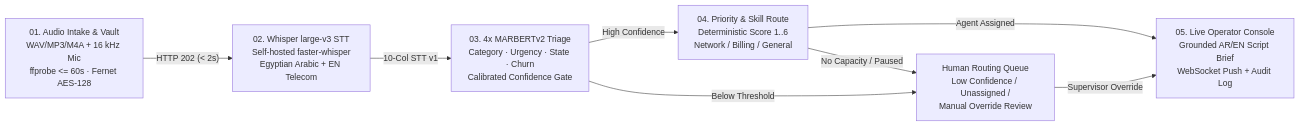
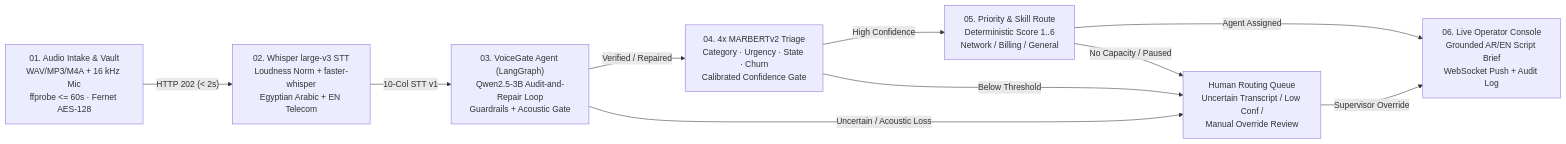
The diagram in README.md (hazemelerefey/smart-voicemail-router), drawn with Mermaid before and after one commit. The commit also changed other lines of this file and 29 other files, not shown here.

Commit message:
feat(voicegate): integrate LangGraph Qwen2.5-3B gate, Docker Ollama, and updated docs

````diff
--- a/README.md
+++ b/README.md
@@ -115,17 +117,20 @@
 ```mermaid
 flowchart LR
     S1["01. Audio Intake & Vault<br/>WAV/MP3/M4A + 16 kHz Mic<br/>ffprobe <= 60s · Fernet AES-128"]
-    S2["02. Whisper large-v3 STT<br/>Self-hosted faster-whisper<br/>Egyptian Arabic + EN Telecom"]
-    S3["03. 4x MARBERTv2 Triage<br/>Category · Urgency · State · Churn<br/>Calibrated Confidence Gate"]
-    S4["04. Priority & Skill Route<br/>Deterministic Score 1..6<br/>Network / Billing / General"]
-    S5["05. Live Operator Console<br/>Grounded AR/EN Script Brief<br/>WebSocket Push + Audit Log"]
-    HR["Human Routing Queue<br/>Low Confidence / Unassigned /<br/>Manual Override Review"]
+    S2["02. Whisper large-v3 STT<br/>Loudness Norm + faster-whisper<br/>Egyptian Arabic + EN Telecom"]
+    S3["03. VoiceGate Agent (LangGraph)<br/>Qwen2.5-3B Audit-and-Repair Loop<br/>Guardrails + Acoustic Gate"]
+    S4["04. 4x MARBERTv2 Triage<br/>Category · Urgency · State · Churn<br/>Calibrated Confidence Gate"]
+    S5["05. Priority & Skill Route<br/>Deterministic Score 1..6<br/>Network / Billing / General"]
+    S6["06. Live Operator Console<br/>Grounded AR/EN Script Brief<br/>WebSocket Push + Audit Log"]
+    HR["Human Routing Queue<br/>Uncertain Transcript / Low Conf /<br/>Manual Override Review"]
 
     S1 -->|"HTTP 202 (< 2s)"| S2
     S2 -->|"10-Col STT v1"| S3
-    S3 -->|"High Confidence"| S4
-    S3 -->|"Below Threshold"| HR
-    S4 -->|"Agent Assigned"| S5
-    S4 -->|"No Capacity / Paused"| HR
-    HR -->|"Supervisor Override"| S5
+    S3 -->|"Verified / Repaired"| S4
+    S3 -->|"Uncertain / Acoustic Loss"| HR
+    S4 -->|"High Confidence"| S5
+    S4 -->|"Below Threshold"| HR
+    S5 -->|"Agent Assigned"| S6
+    S5 -->|"No Capacity / Paused"| HR
+    HR -->|"Supervisor Override"| S6
 ```
````
